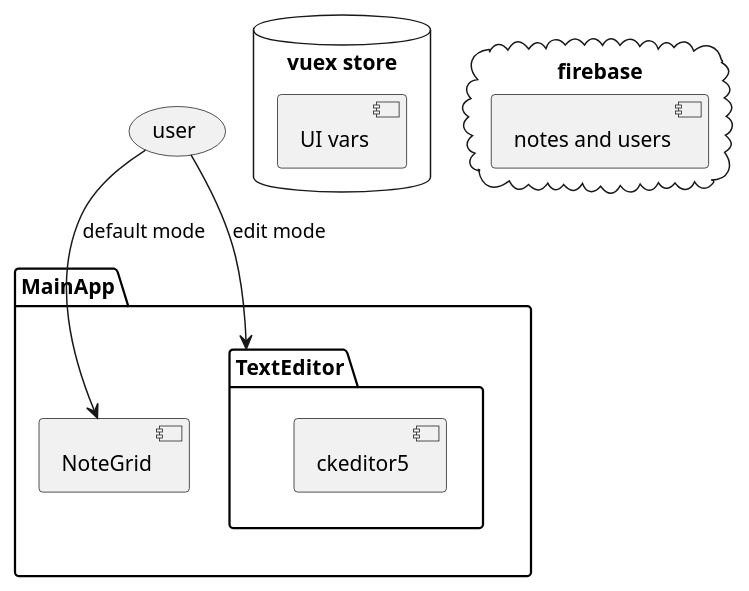
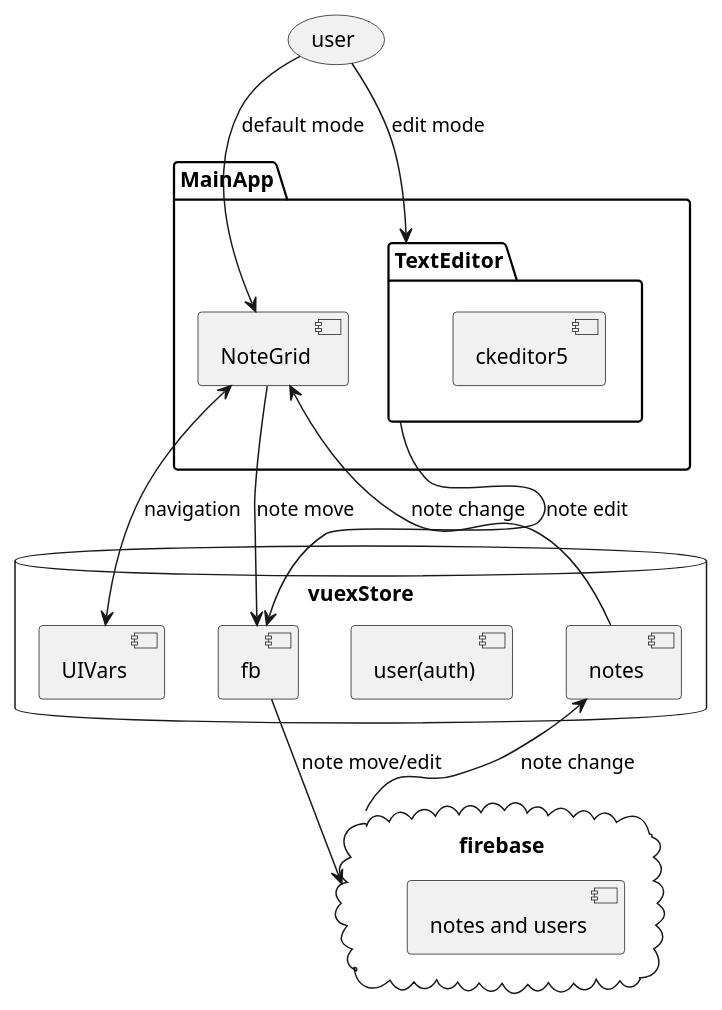
One commit to assimilatedgiraffe/PKB-webapp changed the diagram in ComponentSketch.pu. Above: the diagram before and after it, drawn with PlantUML. The commit also changed 5 other files, not shown here.

Commit message:
split vuex store into modules

```diff
--- a/ComponentSketch.pu
+++ b/ComponentSketch.pu
@@ -1,21 +1,34 @@
 @startuml
 (user)
 
 package "MainApp"{
   [NoteGrid]
   package "TextEditor" {
     [ckeditor5]
   }
 }
 
-database "vuex store"{
-  [UI vars]
+database "vuexStore"{
+  [UIVars]
+  [user(auth)]
+  [fb]
+  [notes]
 }
 
 cloud "firebase"{
   [notes and users]
 }
 
+
+'outbound
 user --> NoteGrid : default mode
+NoteGrid --> fb : note move
+NoteGrid <--> UIVars : navigation
 user --> TextEditor : edit mode
+TextEditor --> fb : note edit
+fb --> firebase : note move/edit
+
+'inbound
+firebase --> notes : note change
+notes --> NoteGrid : note change
 @enduml
```
